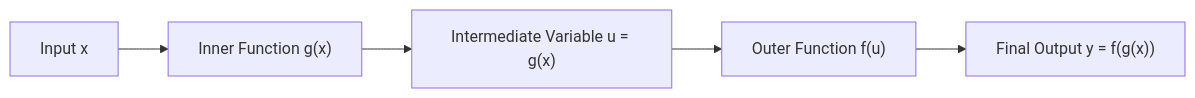
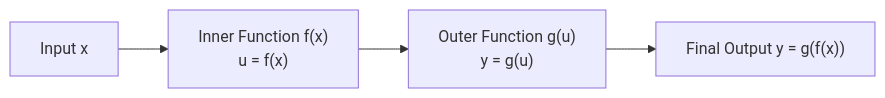
The diagram in lecture_22/Notes_22.03/README.md (S1h2i3v4a/AI_ML), drawn with Mermaid before and after one commit. The commit also changed other lines of this file and 156 other files, not shown here.

Commit message:
docs(lectures 22-24): align notes with video lectures, add blackboard diagrams, clean structured functions, and compile vector PDFs

````diff
--- a/lecture_22/Notes_22.03/README.md
+++ b/lecture_22/Notes_22.03/README.md
@@ -23,7 +10,6 @@
 ```mermaid
-graph LR
-    x["Input x"] --> g["Inner Function g(x)"]
-    g --> u["Intermediate Variable u = g(x)"]
-    u --> f["Outer Function f(u)"]
-    f --> y["Final Output y = f(g(x))"]
+flowchart LR
+    X["Input x"] --> F["Inner Function f(x)<br/>u = f(x)"]
+    F --> G["Outer Function g(u)<br/>y = g(u)"]
+    G --> Y["Final Output y = g(f(x))"]
 ```
````
